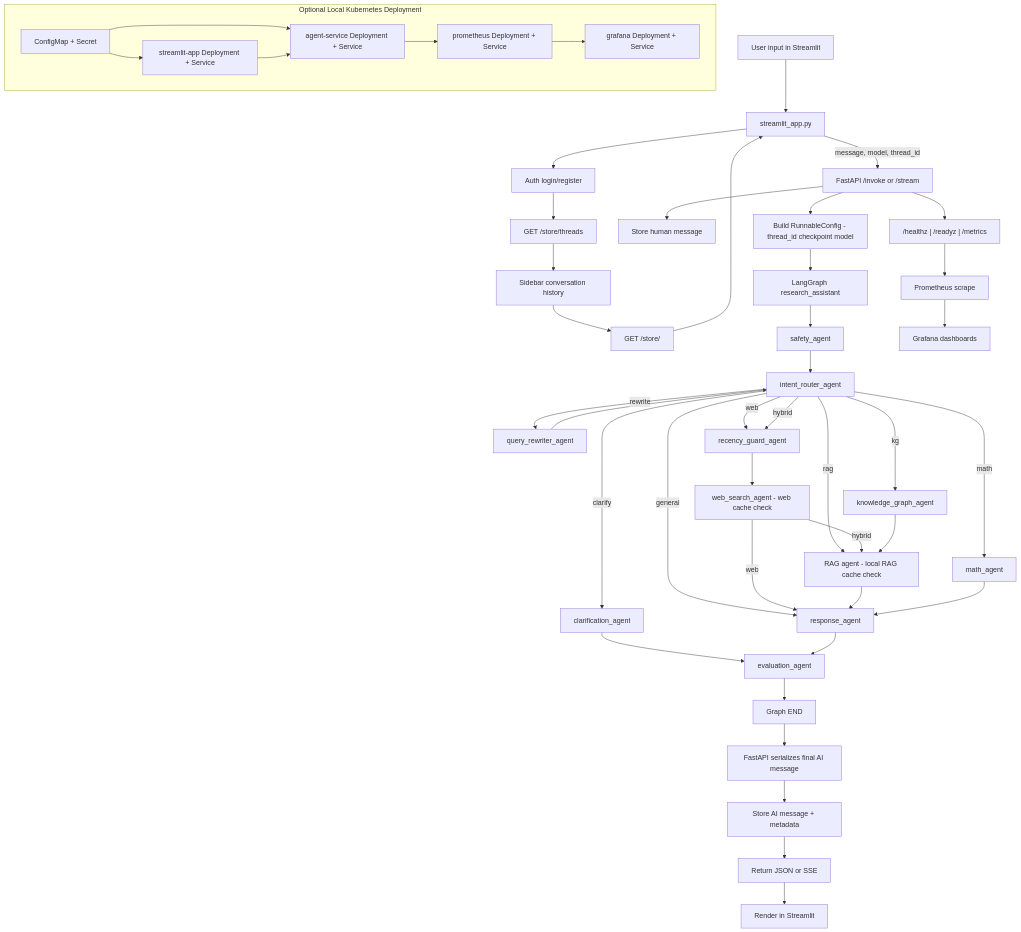
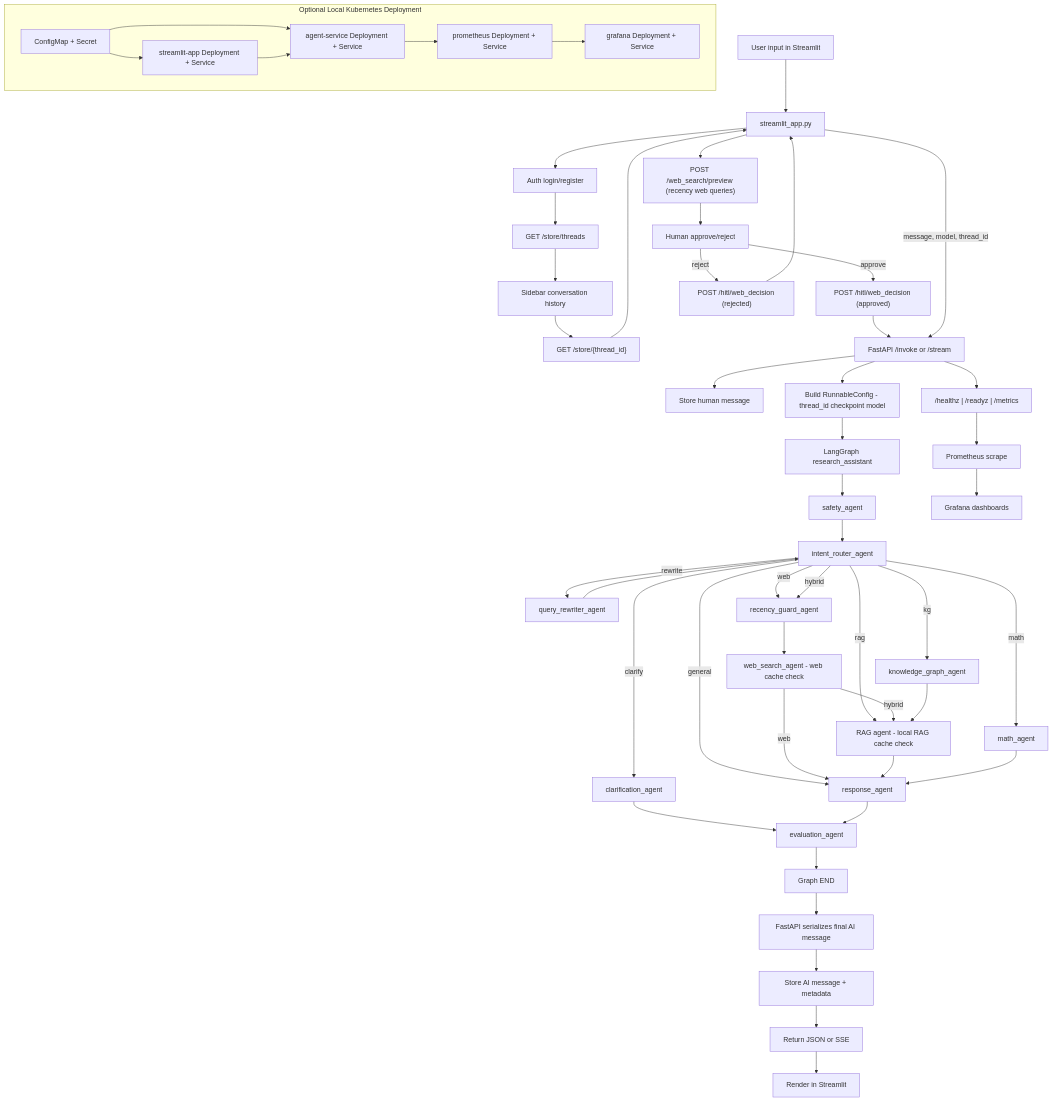
Before and after one commit to Theepankumargandhi/Multi-Agent-Orchestration: the diagram in docs/architecture/agent_runtime_flow.mmd, drawn with Mermaid. The commit also changed 7 other files, not shown here.

Commit message:
Add HITL audit trail and update runtime docs/flow

```diff
--- a/docs/architecture/agent_runtime_flow.mmd
+++ b/docs/architecture/agent_runtime_flow.mmd
@@ -1,64 +1,70 @@
 %% File Purpose:
 %% - Raw Mermaid source for the runtime architecture flow.
 %% - Use this when exporting diagrams or embedding in docs/tools.
 
 flowchart TD
     U[User input in Streamlit] --> ST[streamlit_app.py]
     ST --> AUTH[Auth login/register]
     AUTH --> THR[GET /store/threads]
     THR --> TSEL[Sidebar conversation history]
-    TSEL --> HIST[GET /store/<thread_id>]
+    TSEL --> HIST["GET /store/{thread_id}"]
     HIST --> ST
+    ST --> PREV["POST /web_search/preview (recency web queries)"]
+    PREV --> HR[Human approve/reject]
+    HR -->|approve| AUDA["POST /hitl/web_decision (approved)"]
+    HR -->|reject| AUDR["POST /hitl/web_decision (rejected)"]
+    AUDA --> API
+    AUDR --> ST
     ST -->|message, model, thread_id| API[FastAPI /invoke or /stream]
 
     API --> STOREH[Store human message]
     API --> CFG[Build RunnableConfig - thread_id checkpoint model]
     CFG --> LG[LangGraph research_assistant]
 
     LG --> SA[safety_agent]
     SA --> IR[intent_router_agent]
 
     IR -->|clarify| CA[clarification_agent]
     IR -->|rewrite| QR[query_rewriter_agent]
     QR --> IR
 
     IR -->|math| MA[math_agent]
     IR -->|web| RG[recency_guard_agent]
     IR -->|kg| KG[knowledge_graph_agent]
     IR -->|rag| RA[rag_agent]
     IR -->|hybrid| RG
     IR -->|general| RESP[response_agent]
 
     RG --> WS[web_search_agent - web cache check]
     WS -->|web| RESP
     WS -->|hybrid| RA
     KG --> RA
     RA[RAG agent - local RAG cache check] --> RESP
     MA --> RESP
 
     CA --> EVA[evaluation_agent]
     RESP --> EVA
     EVA --> END[Graph END]
 
     END --> APIOUT[FastAPI serializes final AI message]
     APIOUT --> STOREA[Store AI message + metadata]
     STOREA --> RET[Return JSON or SSE]
     RET --> UI[Render in Streamlit]
 
     API --> OPS["/healthz | /readyz | /metrics"]
     OPS --> PROM[Prometheus scrape]
     PROM --> GRAF[Grafana dashboards]
 
     subgraph K8S[Optional Local Kubernetes Deployment]
       KCM[ConfigMap + Secret]
       KAGENT[agent-service Deployment + Service]
       KUI[streamlit-app Deployment + Service]
       KPROM[prometheus Deployment + Service]
       KGRAF[grafana Deployment + Service]
     end
 
     KCM --> KAGENT
     KCM --> KUI
     KAGENT --> KPROM
     KPROM --> KGRAF
     KUI --> KAGENT
```
